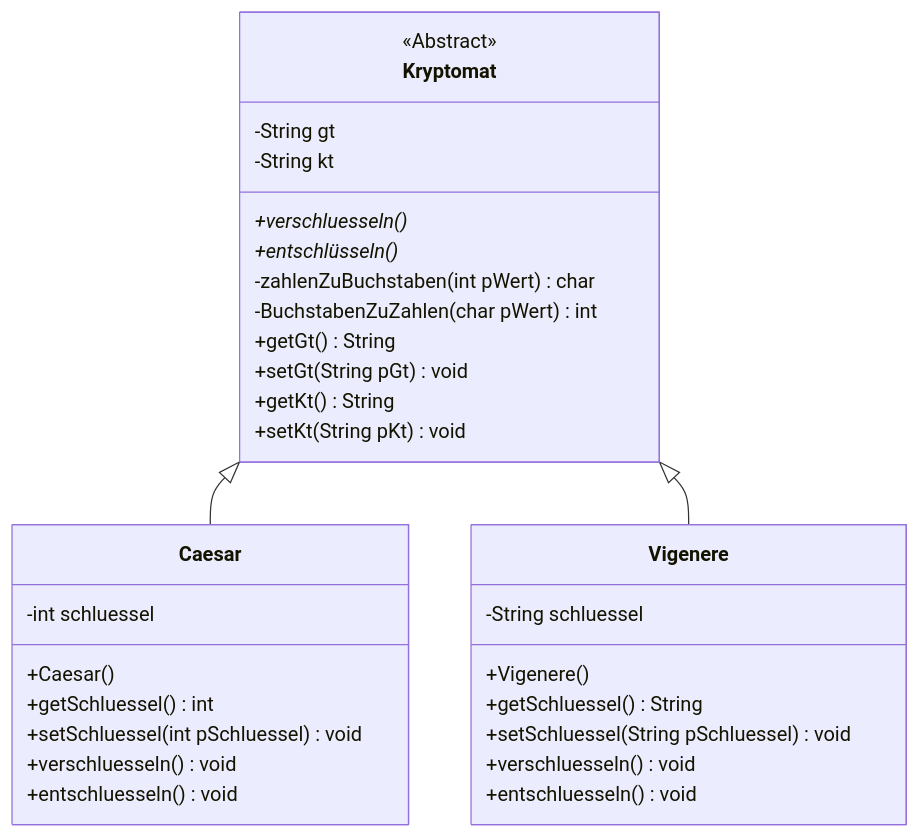
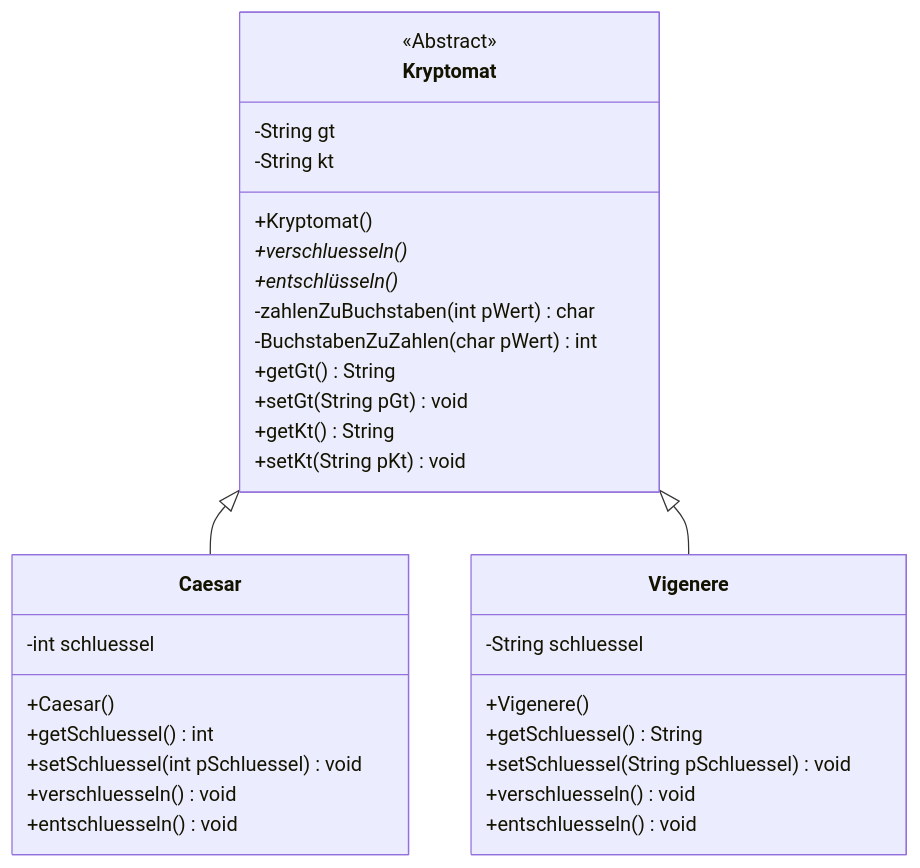
One commit to rueckertgym/begleitmaterial changed the diagram in book/kryptologie/kryptomat.md. Above: the diagram before and after it, drawn with Mermaid. The commit also changed other lines of this file and 3 other files, not shown here.

````diff
--- a/book/kryptologie/kryptomat.md
+++ b/book/kryptologie/kryptomat.md
@@ -10,34 +10,35 @@
 ```mermaid
 classDiagram
     Kryptomat <|-- Caesar
     Kryptomat <|-- Vigenere
     <<Abstract>> Kryptomat
-    Kryptomat : -String gt
-    Kryptomat : -String kt
+    Kryptomat: -String gt
+    Kryptomat: -String kt
+    Kryptomat: +Kryptomat()
     Kryptomat: +verschluesseln()*
     Kryptomat: +entschlüsseln()*
     Kryptomat: -zahlenZuBuchstaben(int pWert) char
     Kryptomat: -BuchstabenZuZahlen(char pWert) int
     Kryptomat: +getGt() String
     Kryptomat: +setGt(String pGt) void
     Kryptomat: +getKt() String
     Kryptomat: +setKt(String pKt) void
 
     class Caesar{
       -int schluessel
       +Caesar()
       +getSchluessel() int
       +setSchluessel(int pSchluessel) void 
       +verschluesseln() void
       +entschluesseln() void
     }
     class Vigenere{
       -String schluessel
       +Vigenere()
       +getSchluessel() String
       +setSchluessel(String pSchluessel) void
       +verschluesseln() void
       +entschluesseln() void
     }
     
 ```
````
